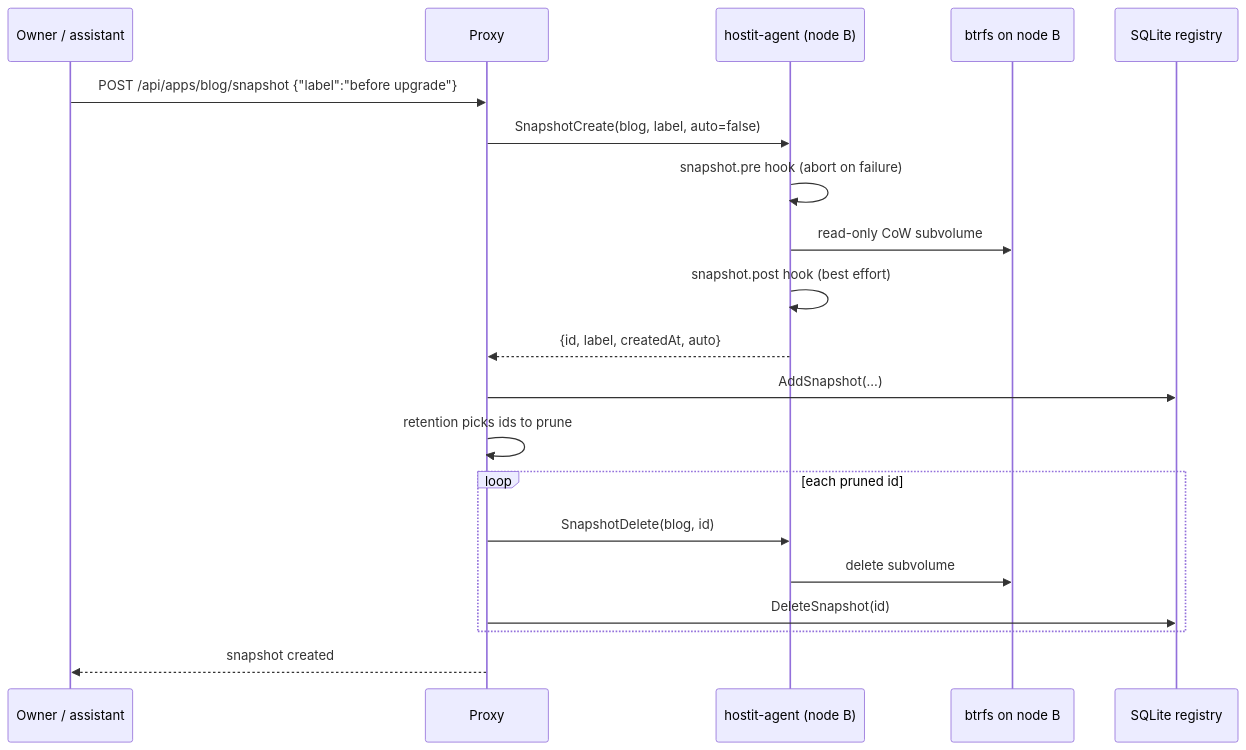
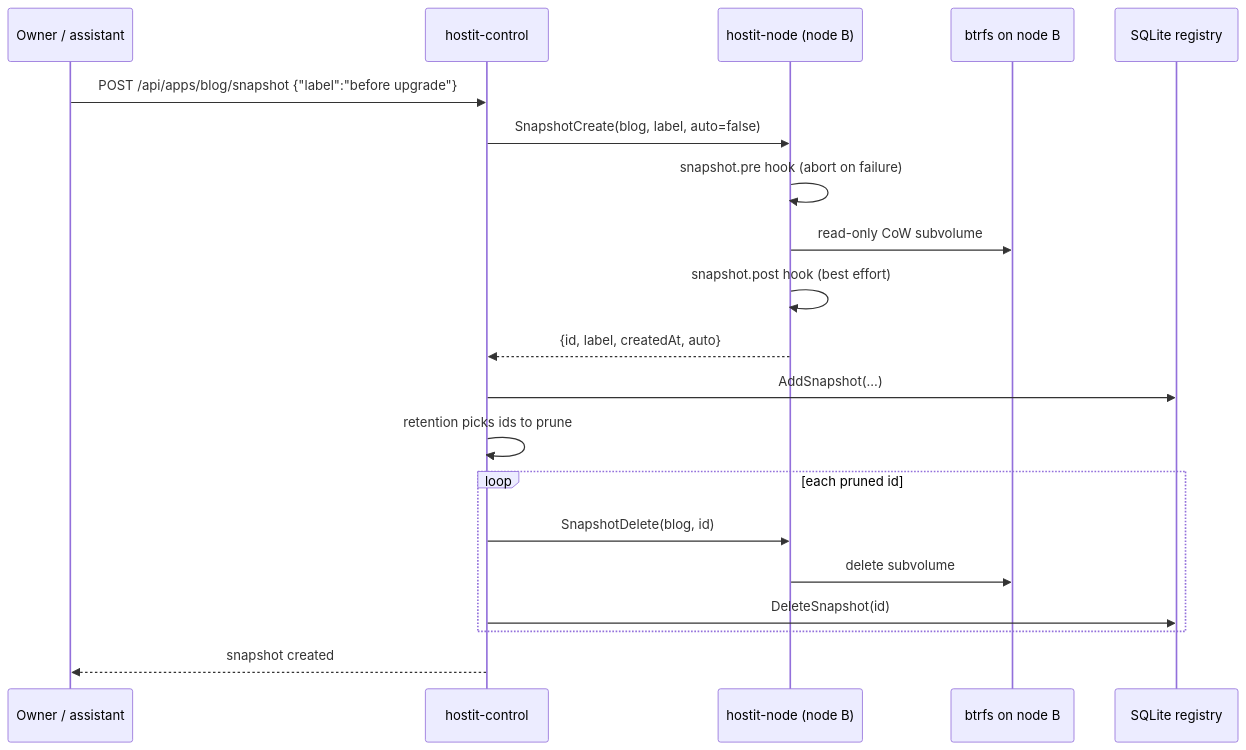
The seventh of 7 diagrams in docs/slides/presentations/multinode.md (binwiederhier/hostit), drawn with Mermaid before and after one commit. The commit also changed other lines of this file, not shown here.

First line of the commit message:
docs/slides: multi-node deck reflects the four-service split

````diff
--- a/docs/slides/presentations/multinode.md
+++ b/docs/slides/presentations/multinode.md
@@ -363,23 +381,23 @@
 ```mermaid {scale: 0.34}
 sequenceDiagram
     participant U as Owner / assistant
-    participant P as Proxy
-    participant N as hostit-agent (node B)
+    participant P as hostit-control
+    participant N as hostit-node (node B)
     participant FS as btrfs on node B
     participant S as SQLite registry
 
     U->>P: POST /api/apps/blog/snapshot {"label":"before upgrade"}
     P->>N: SnapshotCreate(blog, label, auto=false)
     N->>N: snapshot.pre hook (abort on failure)
     N->>FS: read-only CoW subvolume
     N->>N: snapshot.post hook (best effort)
     N-->>P: {id, label, createdAt, auto}
     P->>S: AddSnapshot(...)
     P->>P: retention picks ids to prune
     loop each pruned id
         P->>N: SnapshotDelete(blog, id)
         N->>FS: delete subvolume
         P->>S: DeleteSnapshot(id)
     end
     P-->>U: snapshot created
 ```
````
